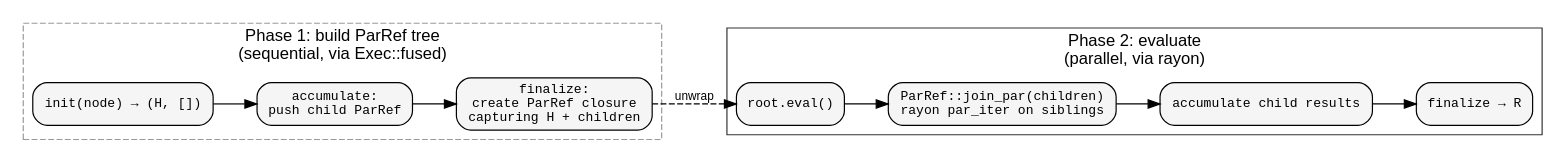
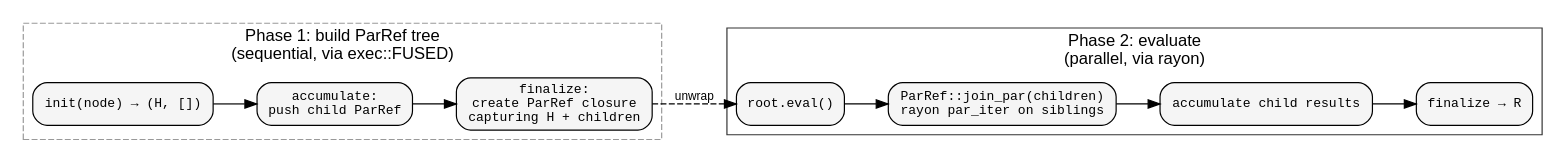
Before and after one commit to hylic-recursion/hylic-docs: the second of 3 diagrams in book/src/cookbook/parallel_execution.md, drawn with Graphviz. The commit also changed other lines of this file and 22 other files, not shown here.

First line of the commit message:
Domain architecture: docs rewrite, exec:: pattern, guides

````diff
--- a/book/src/cookbook/parallel_execution.md
+++ b/book/src/cookbook/parallel_execution.md
@@ -55,28 +57,28 @@
 ```dot process
 digraph {
     rankdir=LR;
     node [shape=box, style="rounded,filled", fillcolor="#f5f5f5", fontname="monospace", fontsize=11];
     edge [fontname="sans-serif", fontsize=10];
 
     subgraph cluster_p1 {
-        label="Phase 1: build ParRef tree\n(sequential, via Exec::fused)";
+        label="Phase 1: build ParRef tree\n(sequential, via exec::FUSED)";
         style=dashed; color="#999999"; fontname="sans-serif";
         init1 [label="init(node) → (H, [])"];
         acc1  [label="accumulate:\npush child ParRef"];
         fin1  [label="finalize:\ncreate ParRef closure\ncapturing H + children"];
         init1 -> acc1 -> fin1;
     }
 
     subgraph cluster_p2 {
         label="Phase 2: evaluate\n(parallel, via rayon)";
         style=solid; color="#333333"; fontname="sans-serif";
         eval [label="root.eval()"];
         join [label="ParRef::join_par(children)\nrayon par_iter on siblings"];
         accf [label="accumulate child results"];
         finf [label="finalize → R"];
         eval -> join -> accf -> finf;
     }
 
     fin1 -> eval [style=dashed, label="unwrap"];
 }
 ```
````
